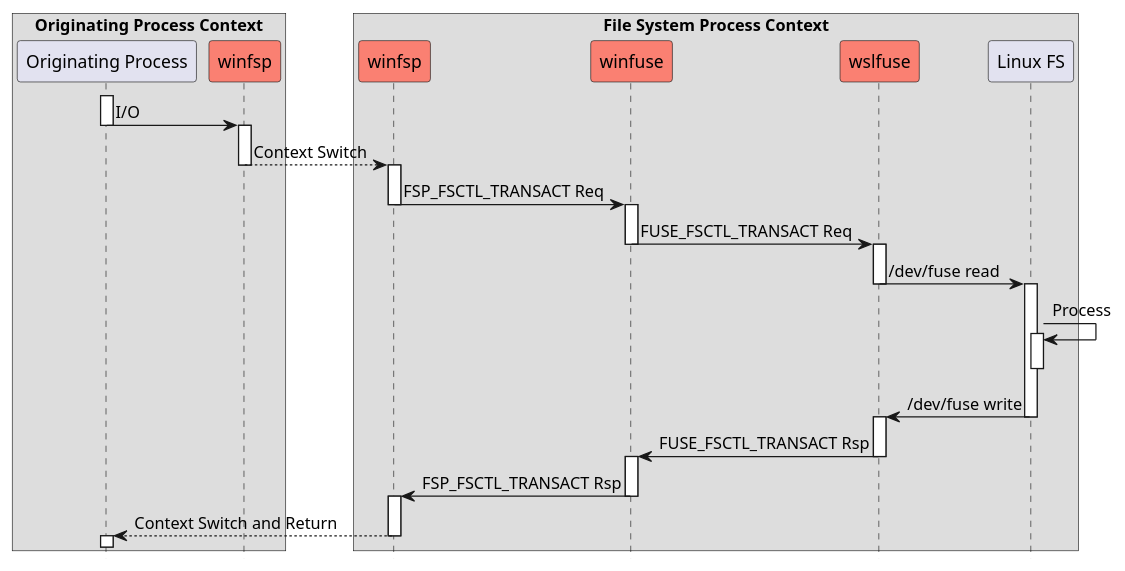
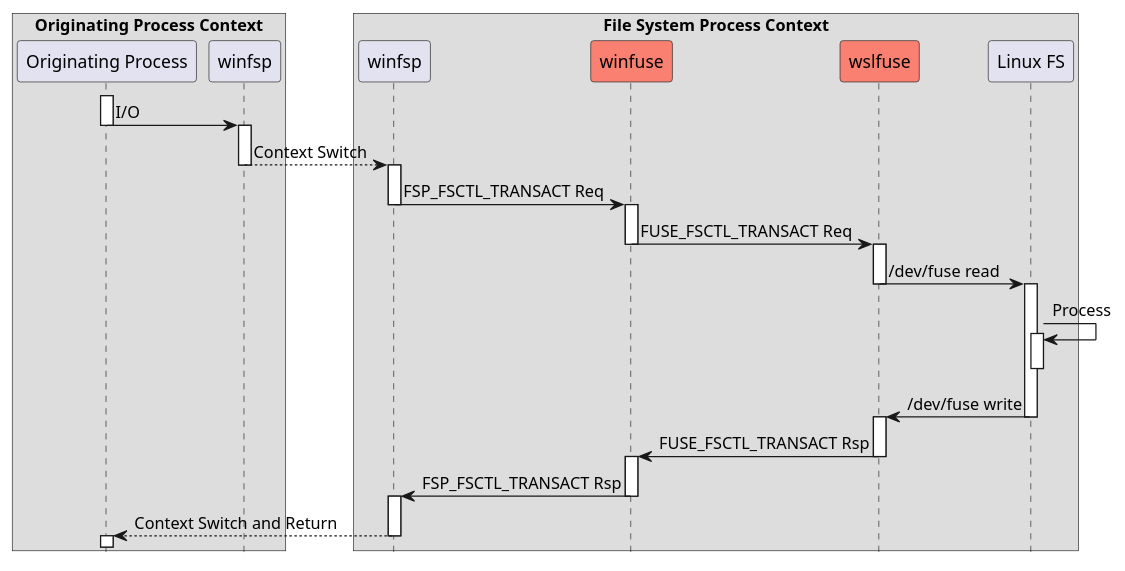
One commit to billziss-gh/winfuse changed the diagram in doc/wslseq.puml. Above: the diagram before and after it, drawn with PlantUML. The commit also changed 5 other files, not shown here.

Commit message:
doc: update diagrams

```diff
--- a/doc/wslseq.puml
+++ b/doc/wslseq.puml
@@ -1,44 +1,44 @@
 hide footbox
 
 box "Originating Process Context"
     participant "Originating Process" as OP
-    participant "winfsp" as winfspOP #Salmon
+    participant "winfsp" as winfspOP
 end box
 box "File System Process Context"
-    participant "winfsp" as winfspFS #Salmon
+    participant "winfsp" as winfspFS
     participant winfuse #Salmon
     participant wslfuse #Salmon
     participant "Linux FS" as FS
 end box
 
 activate OP
 OP->winfspOP: I/O
 deactivate OP
 activate winfspOP
 winfspOP-->winfspFS: Context Switch
 deactivate winfspOP
 activate winfspFS
 winfspFS->winfuse: FSP_FSCTL_TRANSACT Req
 deactivate winfspFS
 activate winfuse
 winfuse->wslfuse: FUSE_FSCTL_TRANSACT Req
 deactivate winfuse
 activate wslfuse
 wslfuse->FS: /dev/fuse read
 deactivate wslfuse
 activate FS
 FS->FS: Process
 activate FS
 deactivate FS
 FS->wslfuse: /dev/fuse write
 deactivate FS
 activate wslfuse
 wslfuse->winfuse: FUSE_FSCTL_TRANSACT Rsp
 deactivate wslfuse
 activate winfuse
 winfuse->winfspFS: FSP_FSCTL_TRANSACT Rsp
 deactivate winfuse
 activate winfspFS
 winfspFS-->OP: Context Switch and Return
 deactivate winfspFS
 activate OP
```
